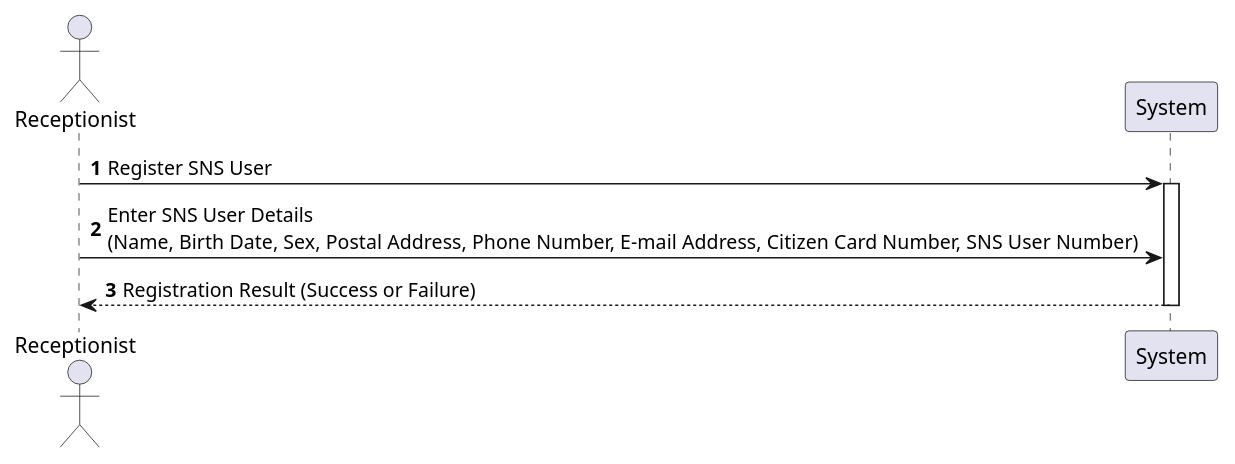
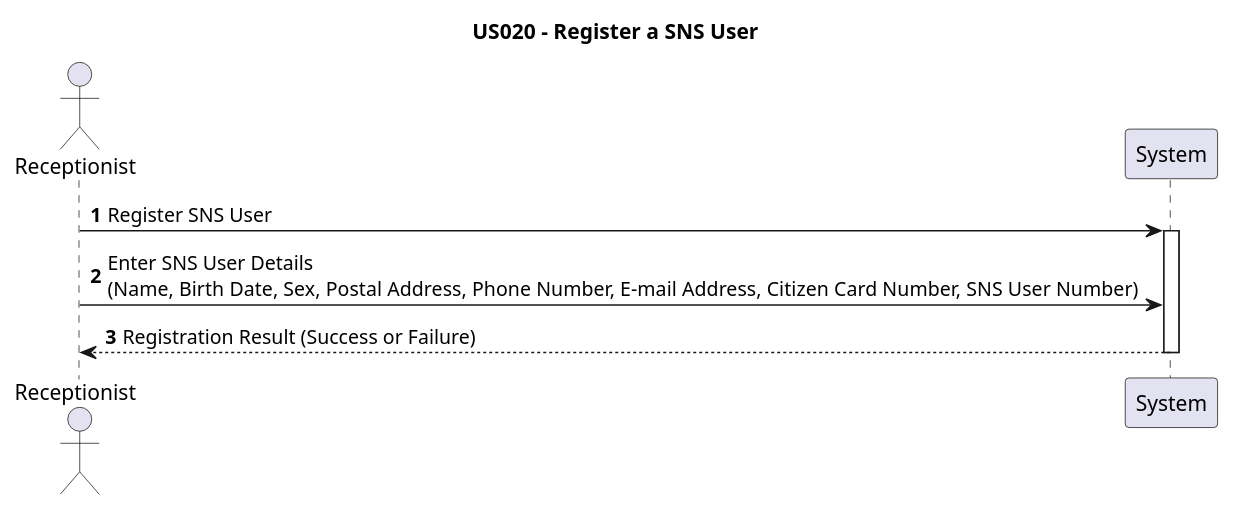
The diagram in src/doc/global/User Stories/US020/US020.puml (tbarracha/upskill-pds-software-development-project-Tiago), drawn with PlantUML before and after one commit. The commit also changed 12 other files, not shown here.

```diff
--- a/src/doc/global/User Stories/US020/US020.puml
+++ b/src/doc/global/User Stories/US020/US020.puml
@@ -1,15 +1,16 @@
 @startuml
+title US020 - Register a SNS User
 autonumber
 actor Receptionist as Reception
 
 Reception -> System: Register SNS User
 activate System
 
 ' Receptionist provides details for the SNS user
 Reception -> System: Enter SNS User Details\n(Name, Birth Date, Sex, Postal Address, Phone Number, E-mail Address, Citizen Card Number, SNS User Number)
 
 ' System processes the request and confirms the SNS user registration
 System --> Reception: Registration Result (Success or Failure)
 
 deactivate System
 @enduml
```
